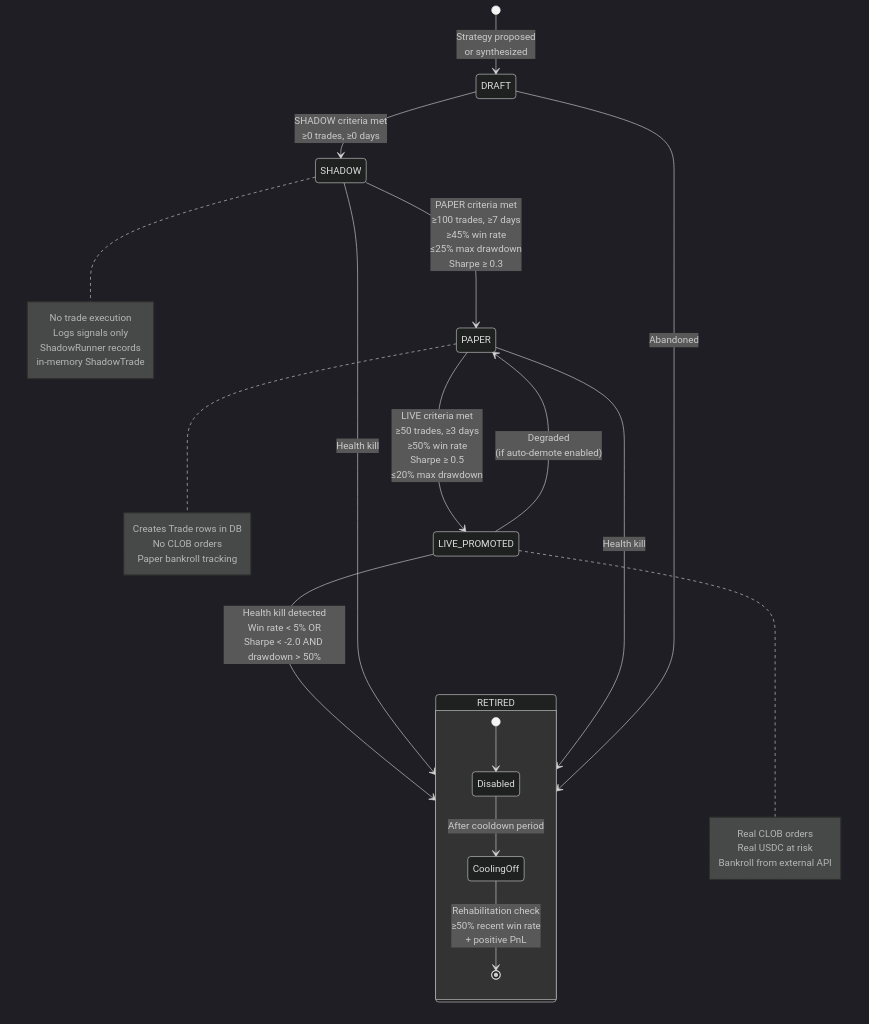
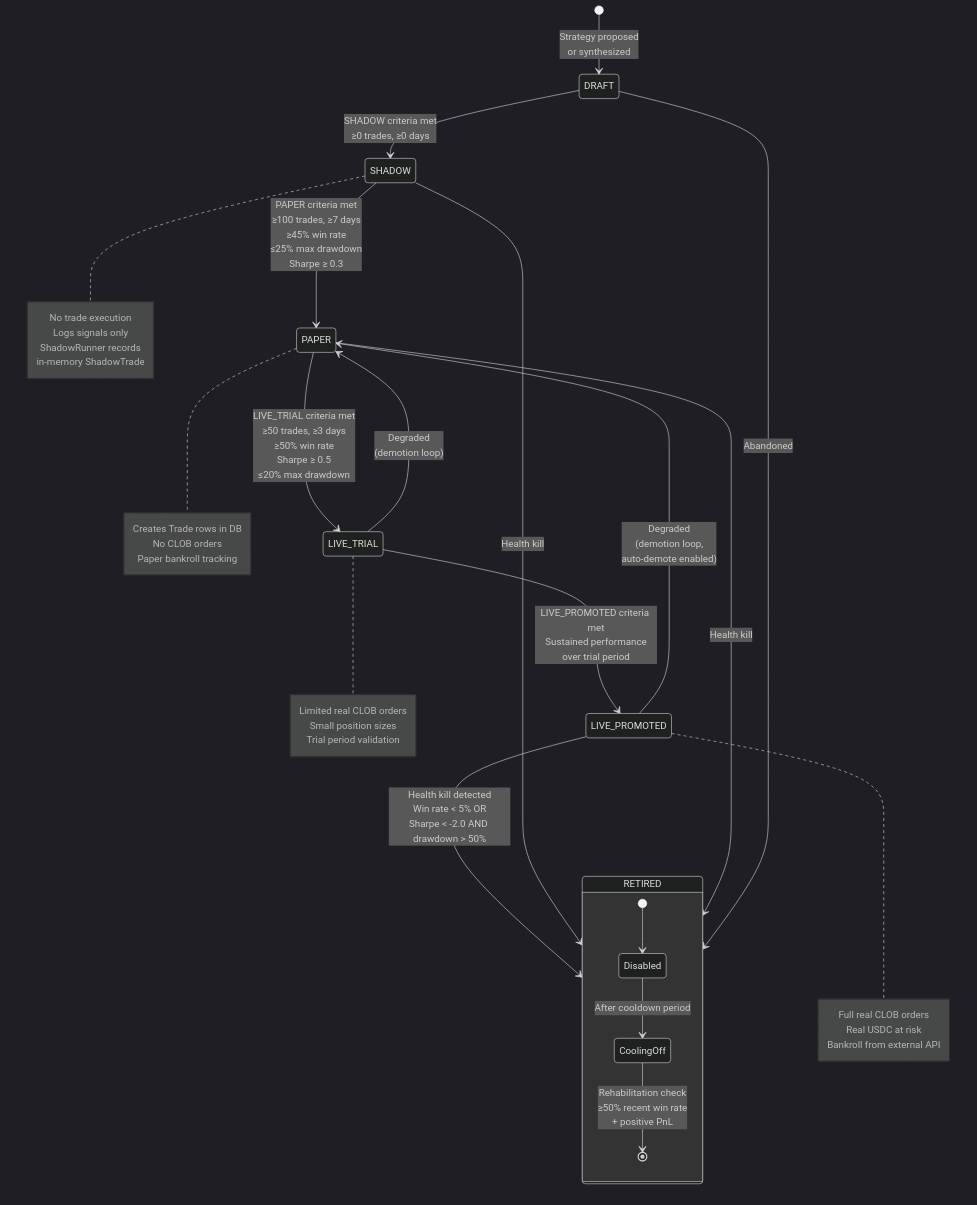
One commit to oyi77/1ai-poly-trader changed the seventh of 26 diagrams in docs/SYSTEM_FLOW.md. Above: the diagram before and after it, drawn with Mermaid (dark theme). The commit also changed other lines of this file and 59 other files, not shown here.

````diff
--- a/docs/SYSTEM_FLOW.md
+++ b/docs/SYSTEM_FLOW.md
@@ -297,28 +297,32 @@
 ```mermaid
 stateDiagram-v2
     [*] --> DRAFT: Strategy proposed<br/>or synthesized
     
     DRAFT --> SHADOW: SHADOW criteria met<br/>≥0 trades, ≥0 days
     
     SHADOW --> PAPER: PAPER criteria met<br/>≥100 trades, ≥7 days<br/>≥45% win rate<br/>≤25% max drawdown<br/>Sharpe ≥ 0.3
     
-    PAPER --> LIVE_PROMOTED: LIVE criteria met<br/>≥50 trades, ≥3 days<br/>≥50% win rate<br/>Sharpe ≥ 0.5<br/>≤20% max drawdown
+    PAPER --> LIVE_TRIAL: LIVE_TRIAL criteria met<br/>≥50 trades, ≥3 days<br/>≥50% win rate<br/>Sharpe ≥ 0.5<br/>≤20% max drawdown
+    
+    LIVE_TRIAL --> LIVE_PROMOTED: LIVE_PROMOTED criteria met<br/>Sustained performance<br/>over trial period
     
     LIVE_PROMOTED --> RETIRED: Health kill detected<br/>Win rate < 5% OR<br/>Sharpe < -2.0 AND drawdown > 50%
     
     SHADOW --> RETIRED: Health kill
     PAPER --> RETIRED: Health kill
     DRAFT --> RETIRED: Abandoned
     
-    LIVE_PROMOTED --> PAPER: Degraded<br/>(if auto-demote enabled)
+    LIVE_PROMOTED --> PAPER: Degraded<br/>(demotion loop,<br/>auto-demote enabled)
+    LIVE_TRIAL --> PAPER: Degraded<br/>(demotion loop)
     
     note right of SHADOW: No trade execution<br/>Logs signals only<br/>ShadowRunner records<br/>in-memory ShadowTrade
     note right of PAPER: Creates Trade rows in DB<br/>No CLOB orders<br/>Paper bankroll tracking
-    note right of LIVE_PROMOTED: Real CLOB orders<br/>Real USDC at risk<br/>Bankroll from external API
+    note right of LIVE_TRIAL: Limited real CLOB orders<br/>Small position sizes<br/>Trial period validation
+    note right of LIVE_PROMOTED: Full real CLOB orders<br/>Real USDC at risk<br/>Bankroll from external API
     
     state RETIRED {
         [*] --> Disabled
         Disabled --> CoolingOff: After cooldown period
         CoolingOff --> [*]: Rehabilitation check<br/>≥50% recent win rate<br/>+ positive PnL
     }
 ```
````
